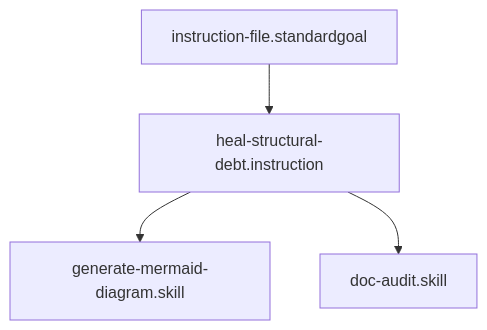
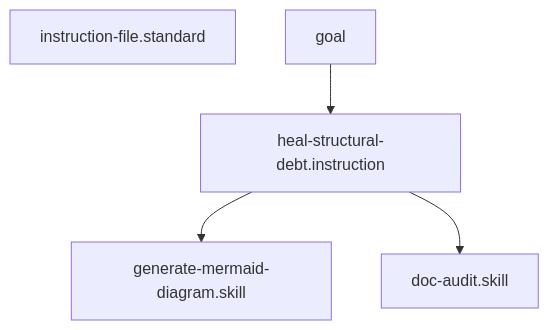
The diagram in instructions/heal-structural-debt.instruction.md (Gizmo4Life/ai-kernel), drawn with Mermaid before and after one commit. The commit also changed other lines of this file and 101 other files, not shown here.

````diff
--- a/instructions/heal-structural-debt.instruction.md
+++ b/instructions/heal-structural-debt.instruction.md
@@ -22,6 +22,7 @@
 ```mermaid
 graph TD
-    instruction-file.standardgoal --> heal-structural-debt.instruction
+    instruction-file.standard
+goal --> heal-structural-debt.instruction
     heal-structural-debt.instruction --> generate-mermaid-diagram[generate-mermaid-diagram.skill]
     heal-structural-debt.instruction --> doc-audit[doc-audit.skill]
 ```
````
